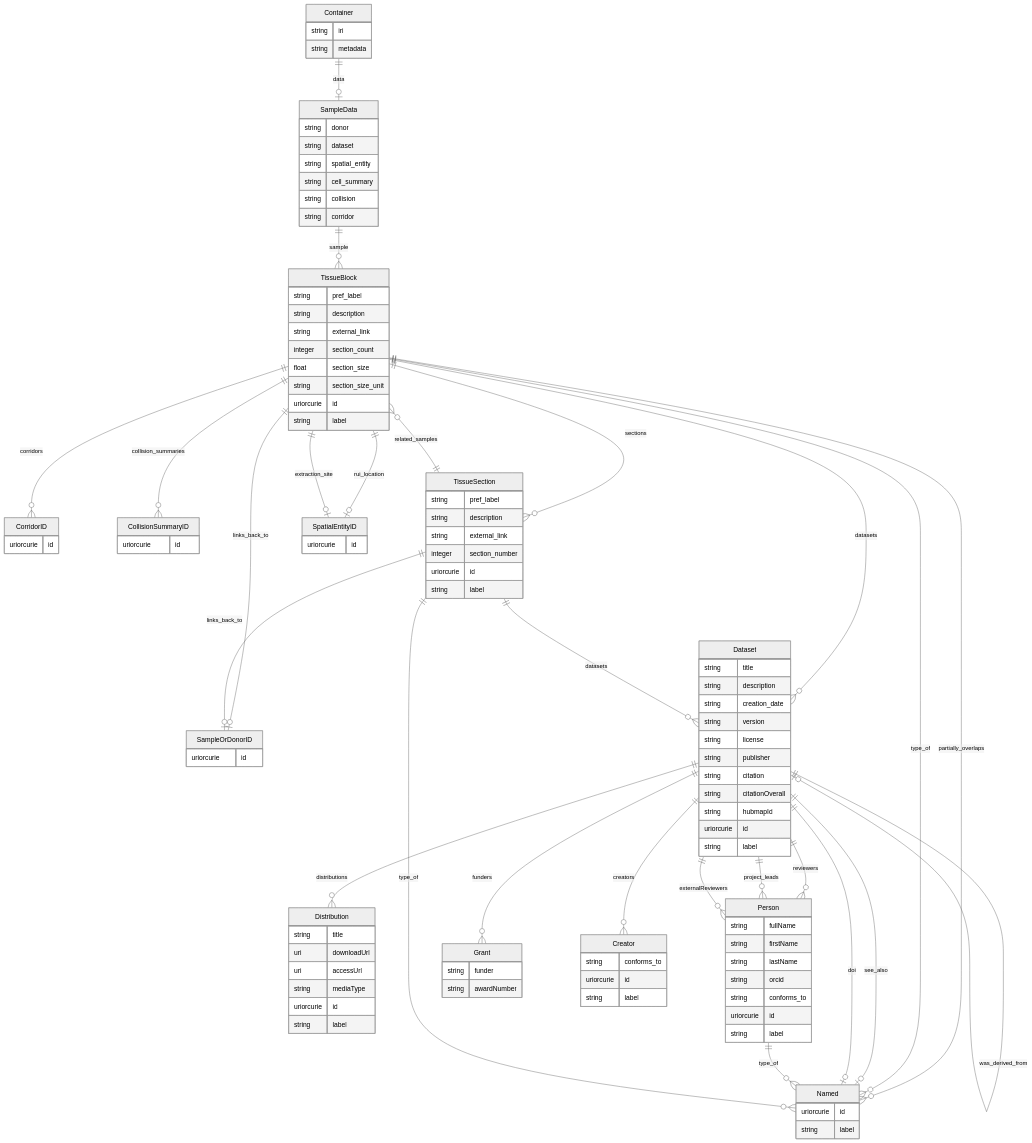
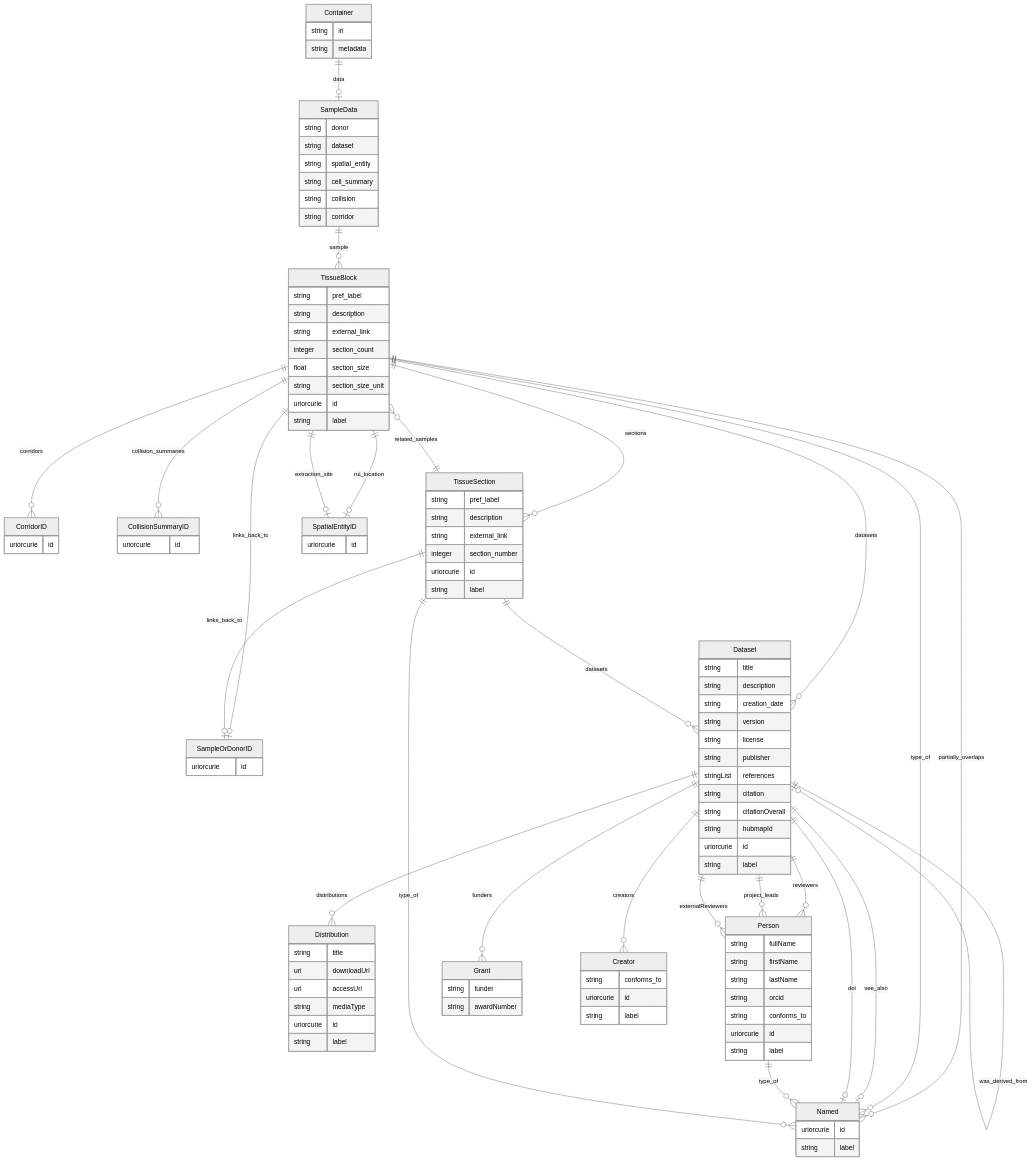
Diagram 15 of 18 in er-diagrams.md (hubmapconsortium/hra-do-processor), drawn with Mermaid (neutral theme) before and after one commit. The commit also changed other lines of this file and 20 other files, not shown here.

```diff
--- a/er-diagrams.md
+++ b/er-diagrams.md
@@ -1136,6 +1140,7 @@
     string version  
     string license  
     string publisher  
+    stringList references  
     string citation  
     string citationOverall  
     string hubmapId  
```
